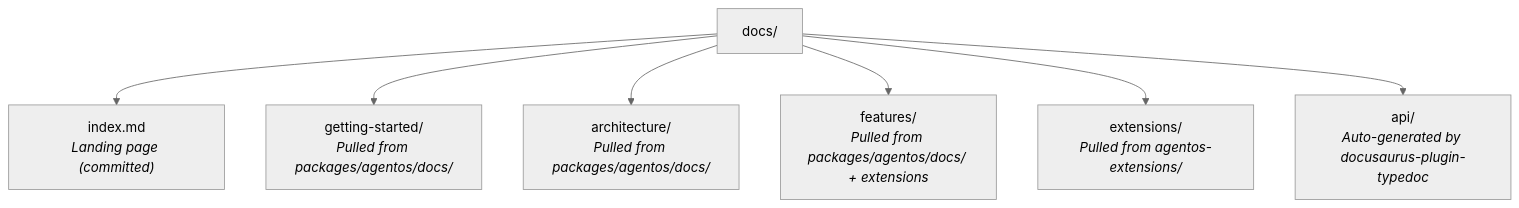
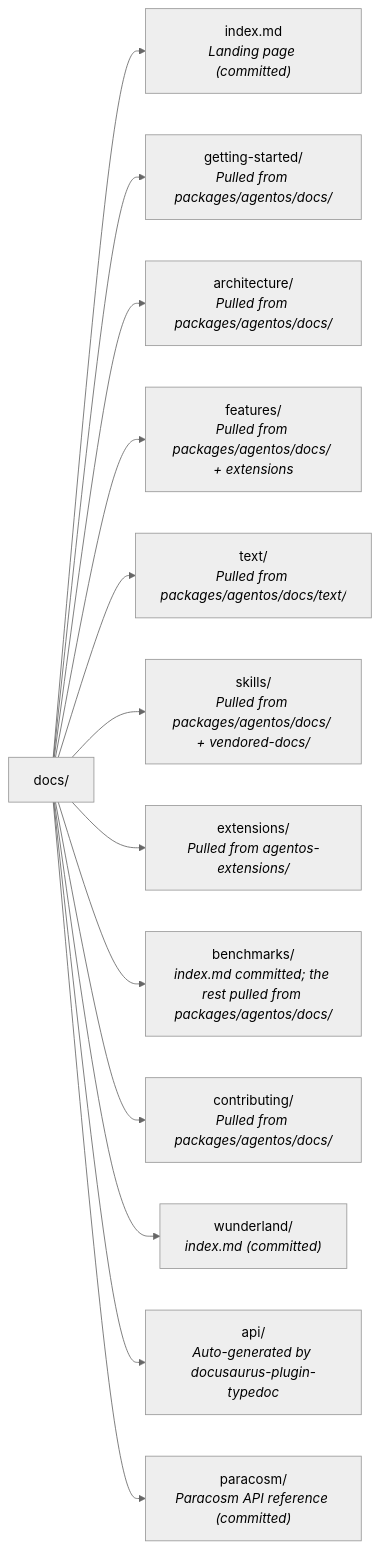
One commit to framerslab/agentos-live-docs changed the diagram in README.md. Above: the diagram before and after it, drawn with Mermaid (neutral theme). The commit also changed other lines of this file and 3 other files, not shown here.

````diff
--- a/README.md
+++ b/README.md
@@ -60,10 +60,16 @@
 ```mermaid
-graph TD
+graph LR
     DOCS["docs/"]
     DOCS --> IDX["index.md<br/><i>Landing page (committed)</i>"]
     DOCS --> GS["getting-started/<br/><i>Pulled from packages/agentos/docs/</i>"]
     DOCS --> ARCH["architecture/<br/><i>Pulled from packages/agentos/docs/</i>"]
     DOCS --> FEAT["features/<br/><i>Pulled from packages/agentos/docs/ + extensions</i>"]
+    DOCS --> TEXT["text/<br/><i>Pulled from packages/agentos/docs/text/</i>"]
+    DOCS --> SKILLS["skills/<br/><i>Pulled from packages/agentos/docs/ + vendored-docs/</i>"]
     DOCS --> EXT["extensions/<br/><i>Pulled from agentos-extensions/</i>"]
+    DOCS --> BENCH["benchmarks/<br/><i>index.md committed; the rest pulled from packages/agentos/docs/</i>"]
+    DOCS --> CONTRIB["contributing/<br/><i>Pulled from packages/agentos/docs/</i>"]
+    DOCS --> WUND["wunderland/<br/><i>index.md (committed)</i>"]
     DOCS --> API["api/<br/><i>Auto-generated by docusaurus-plugin-typedoc</i>"]
+    DOCS --> PARA["paracosm/<br/><i>Paracosm API reference (committed)</i>"]
 ```
````
